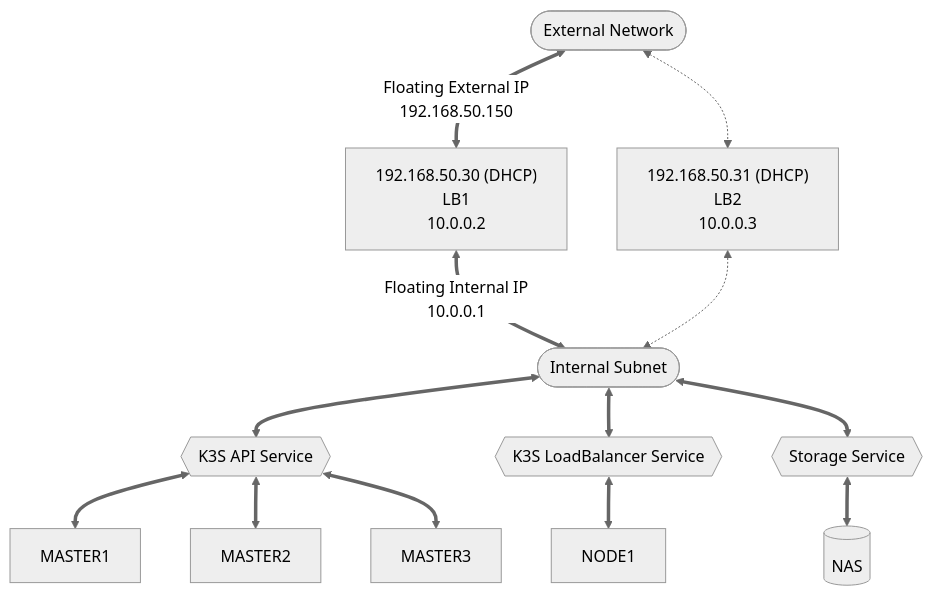
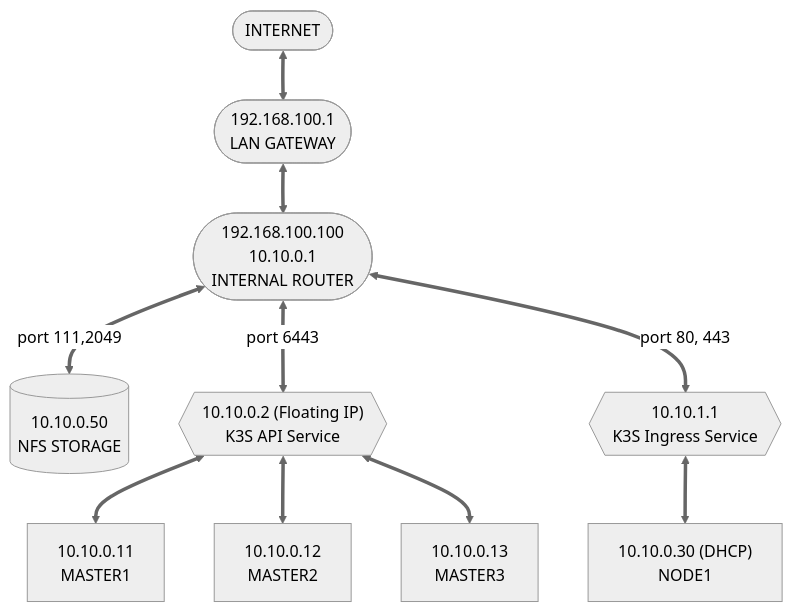
One commit to febus982/k3s-cluster changed the diagram in docs/network.md. Above: the diagram before and after it, drawn with Mermaid (neutral theme). The commit also changed other lines of this file and 13 other files, not shown here.

````diff
--- a/docs/network.md
+++ b/docs/network.md
@@ -7,23 +7,20 @@
 ``` mermaid
 graph TD
-    LAN([External Network])
-    LB1["192.168.50.30 (DHCP)"<br />LB1<br />10.0.0.2]
-    LB2["192.168.50.31 (DHCP)"<br />LB2<br />10.0.0.3]
-    MASTER1[MASTER1]
-    MASTER2[MASTER2]
-    MASTER3[MASTER3]
-    NODE1[NODE1]
-    INTERNAL_NAS[(NAS)]
-    INTERNAL_SUBNET([Internal Subnet])
-    KUBE_API{{K3S API Service}}
-    KUBE_SVC{{K3S LoadBalancer Service}}
-    INTERNAL_STORAGE{{Storage Service}}
-    LAN <==>|Floating External IP<br />192.168.50.150| LB1
-    LAN <-.-> LB2
-    LB1 <==>|Floating Internal IP<br />10.0.0.1| INTERNAL_SUBNET
-    LB2 <-.-> INTERNAL_SUBNET
-    INTERNAL_SUBNET <==> KUBE_API & KUBE_SVC & INTERNAL_STORAGE
+    INTERNET([INTERNET])
+    LAN(["192.168.100.1"<br />LAN GATEWAY])
+    ROUTER(["192.168.100.100<br />10.10.0.1"<br />INTERNAL ROUTER])
+    MASTER1["10.10.0.11"<br />MASTER1]
+    MASTER2["10.10.0.12"<br />MASTER2]
+    MASTER3["10.10.0.13"<br />MASTER3]
+    NODE1["10.10.0.30 (DHCP)"<br />NODE1]
+    INTERNAL_NAS[("10.10.0.50"<br />NFS STORAGE)]
+    KUBE_API{{"10.10.0.2 (Floating IP)<br />" K3S API Service}}
+    KUBE_SVC{{"10.10.1.1"<br />K3S Ingress Service}}
+    INTERNET <==> LAN
+    LAN <==> ROUTER
+    ROUTER <==> |port 6443| KUBE_API
+    ROUTER <==> |port 80, 443| KUBE_SVC
     KUBE_API <==> MASTER1 & MASTER2 & MASTER3
     KUBE_SVC <==> NODE1
-    INTERNAL_STORAGE <==> INTERNAL_NAS
+    ROUTER <==> |port 111,2049| INTERNAL_NAS
 ```
````
